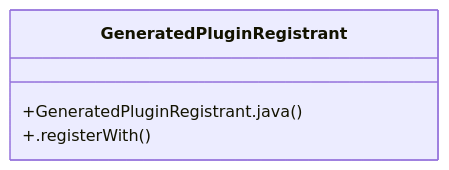
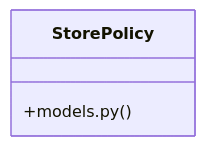
One commit to IHKodifier/kloudshop changed the diagram in graphify-out/wiki/Community_27.md. Above: the diagram before and after it, drawn with Mermaid. The commit also changed other lines of this file and 99 other files, not shown here.

````diff
--- a/graphify-out/wiki/Community_27.md
+++ b/graphify-out/wiki/Community_27.md
@@ -15,7 +23,6 @@
 ```mermaid
 classDiagram
-    class GeneratedPluginRegistrant {
-        +GeneratedPluginRegistrant.java()
-        +.registerWith()
+    class StorePolicy {
+        +models.py()
     }
 ```
````
